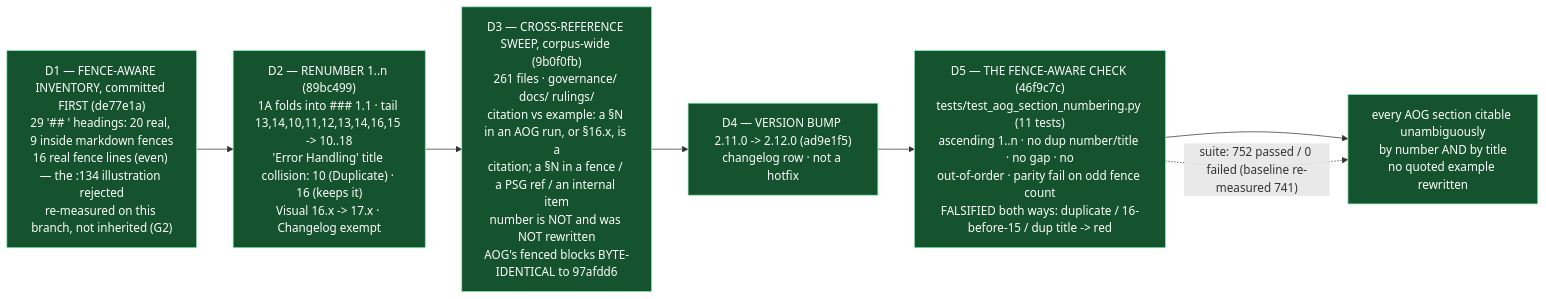
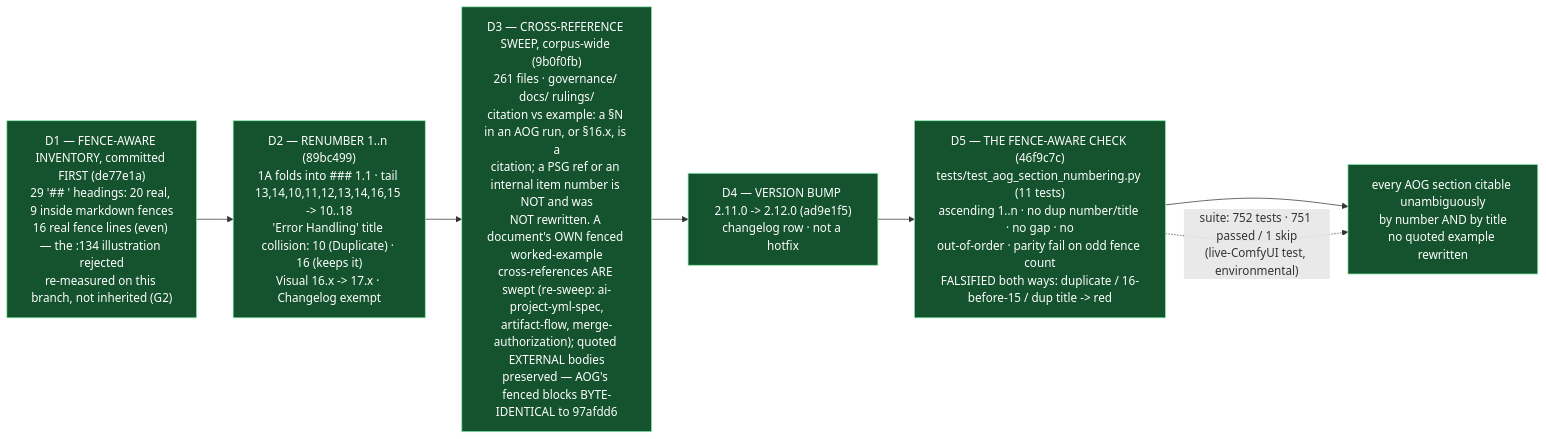
Before and after one commit to panchew/ai-project-system: the diagram in docs/phases/P12__Completion_Fail_Closed_Defaults_and_the_Drivr_MVP/P12-M44-E44.4__delivery-notice.md, drawn with Mermaid. The commit also changed other lines of this file and 3 other files, not shown here.

First line of the commit message:
governance(P12-M44-E44.4): re-sweep per M44 Stage-2 finding — own-example cross-references

````diff
--- a/docs/phases/P12__Completion_Fail_Closed_Defaults_and_the_Drivr_MVP/P12-M44-E44.4__delivery-notice.md
+++ b/docs/phases/P12__Completion_Fail_Closed_Defaults_and_the_Drivr_MVP/P12-M44-E44.4__delivery-notice.md
@@ -191,21 +211,21 @@
 ```mermaid
 flowchart LR
   INV["D1 — FENCE-AWARE INVENTORY, committed FIRST (de77e1a)<br/>29 '## ' headings: 20 real, 9 inside markdown fences<br/>16 real fence lines (even) — the :134 illustration rejected<br/>re-measured on this branch, not inherited (G2)"]
 
   REN["D2 — RENUMBER 1..n (89bc499)<br/>1A folds into ### 1.1 · tail 13,14,10,11,12,13,14,16,15 -> 10..18<br/>'Error Handling' title collision: 10 (Duplicate) · 16 (keeps it)<br/>Visual 16.x -> 17.x · Changelog exempt"]
 
-  SWEEP["D3 — CROSS-REFERENCE SWEEP, corpus-wide (9b0f0fb)<br/>261 files · governance/ docs/ rulings/<br/>citation vs example: a §N in an AOG run, or §16.x, is a<br/>citation; a §N in a fence / a PSG ref / an internal item<br/>number is NOT and was NOT rewritten<br/>AOG's fenced blocks BYTE-IDENTICAL to 97afdd6"]
+  SWEEP["D3 — CROSS-REFERENCE SWEEP, corpus-wide (9b0f0fb)<br/>261 files · governance/ docs/ rulings/<br/>citation vs example: a §N in an AOG run, or §16.x, is a<br/>citation; a PSG ref or an internal item number is NOT and was<br/>NOT rewritten. A document's OWN fenced worked-example<br/>cross-references ARE swept (re-sweep: ai-project-yml-spec,<br/>artifact-flow, merge-authorization); quoted EXTERNAL bodies<br/>preserved — AOG's fenced blocks BYTE-IDENTICAL to 97afdd6"]
 
   BUMP["D4 — VERSION BUMP 2.11.0 -> 2.12.0 (ad9e1f5)<br/>changelog row · not a hotfix"]
 
   CHECK["D5 — THE FENCE-AWARE CHECK (46f9c7c)<br/>tests/test_aog_section_numbering.py (11 tests)<br/>ascending 1..n · no dup number/title · no gap · no<br/>out-of-order · parity fail on odd fence count<br/>FALSIFIED both ways: duplicate / 16-before-15 / dup title -> red"]
 
   OUT["every AOG section citable unambiguously<br/>by number AND by title<br/>no quoted example rewritten"]
 
   INV --> REN --> SWEEP --> BUMP --> CHECK --> OUT
-  CHECK -. "suite: 752 passed / 0 failed (baseline re-measured 741)" .-> OUT
+  CHECK -. "suite: 752 tests · 751 passed / 1 skip<br/>(live-ComfyUI test, environmental)" .-> OUT
 
   classDef fix fill:#14532d,stroke:#86efac,color:#fff
   classDef hard fill:#1e3a5f,stroke:#93c5fd,color:#fff
   class INV,REN,SWEEP,BUMP,CHECK,OUT fix
 ```
````
